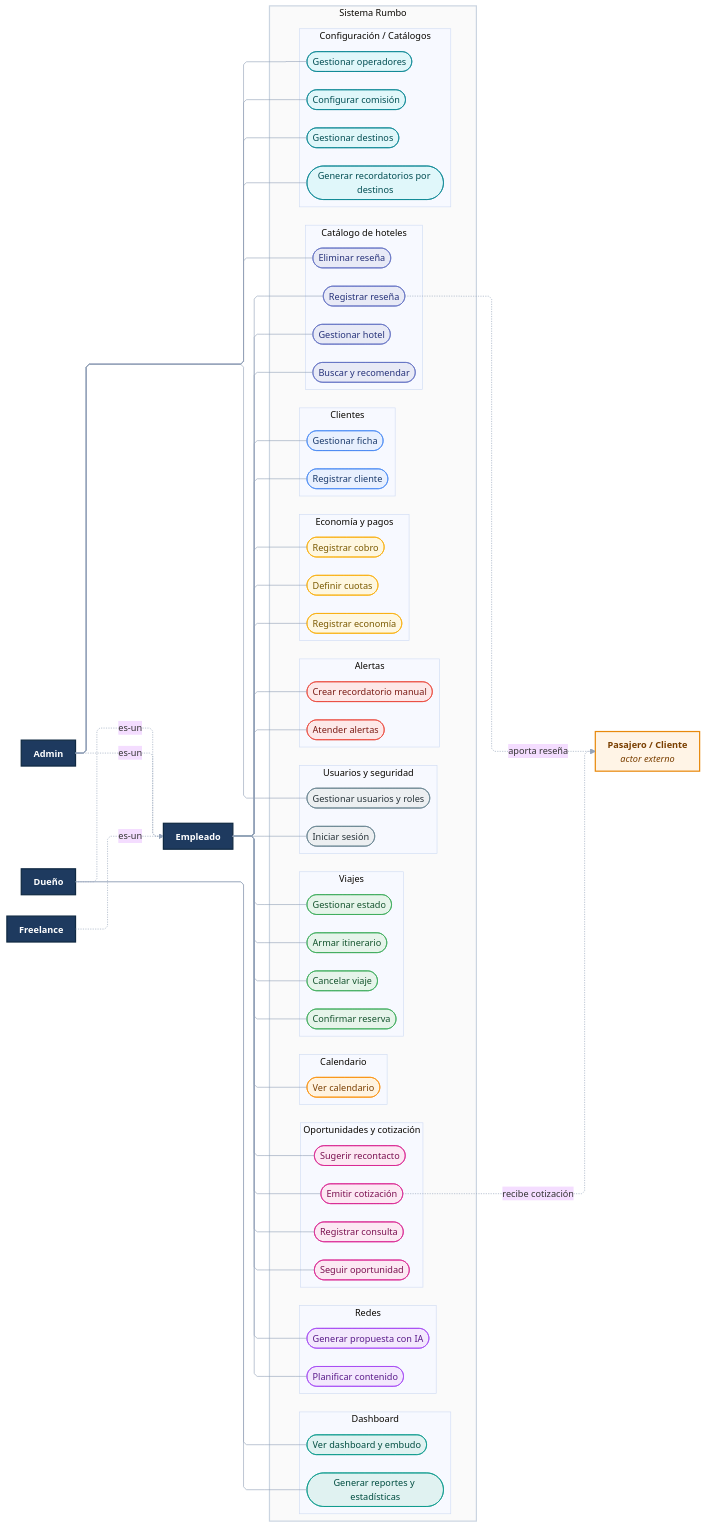
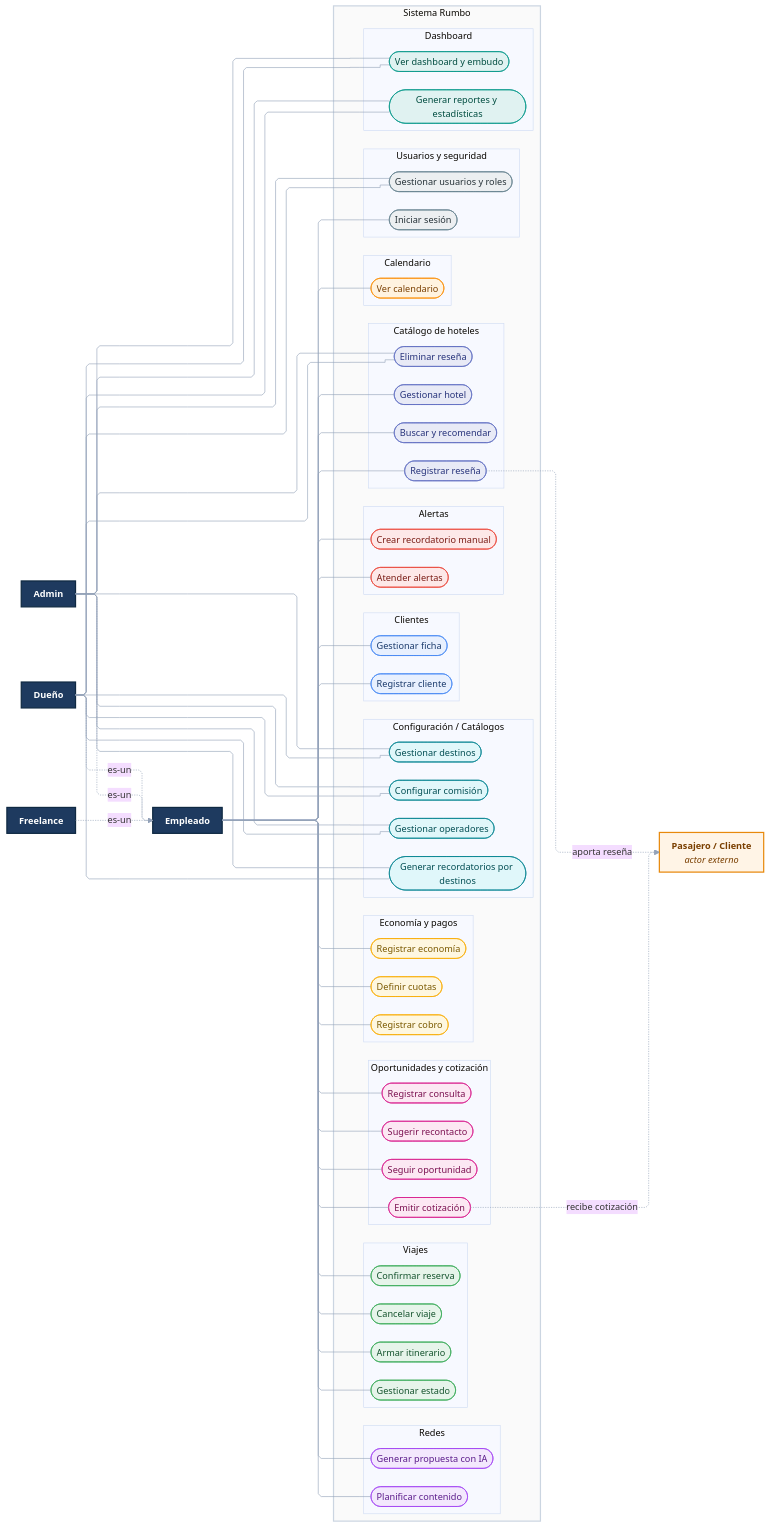
Before and after one commit to FranLuciano04/Vault-Rumbo: the diagram in 02-Analisis/DGM — Casos de uso.md, drawn with Mermaid. The commit also changed other lines of this file and 15 other files, not shown here.

```diff
--- a/02-Analisis/DGM — Casos de uso.md
+++ b/02-Analisis/DGM — Casos de uso.md
@@ -98,10 +98,10 @@
   EMP --- CU24
 
   %% Admin: casos exclusivos (configuración, catálogos y moderación)
-  ADM --- CU13 & CU15 & CU25 & CU26 & CU29 & CU31
+  ADM --- CU13 & CU15 & CU21 & CU22 & CU25 & CU26 & CU29 & CU31
 
   %% Dueño: dashboard y reportes
-  DUE --- CU21 & CU22
+  DUE --- CU13 & CU15 & CU21 & CU22 & CU25 & CU26 & CU29 & CU31
 
   %% Cliente externo (a la derecha): su rol queda explícito
   CU06 -. "recibe cotización" .-> CLI
```
